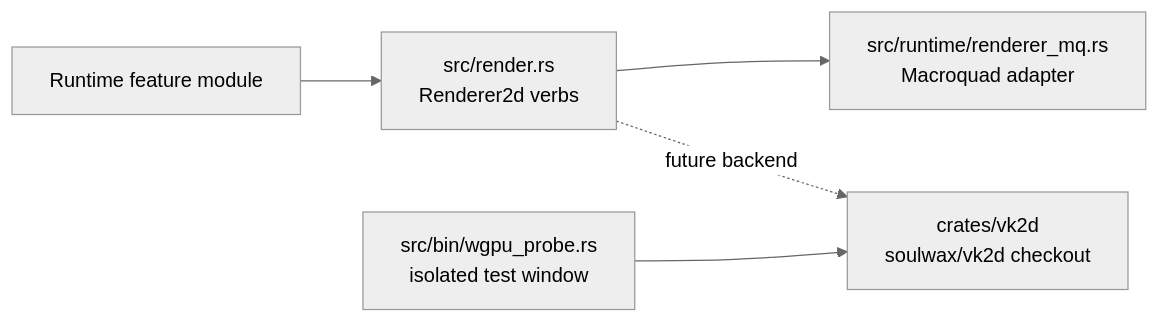
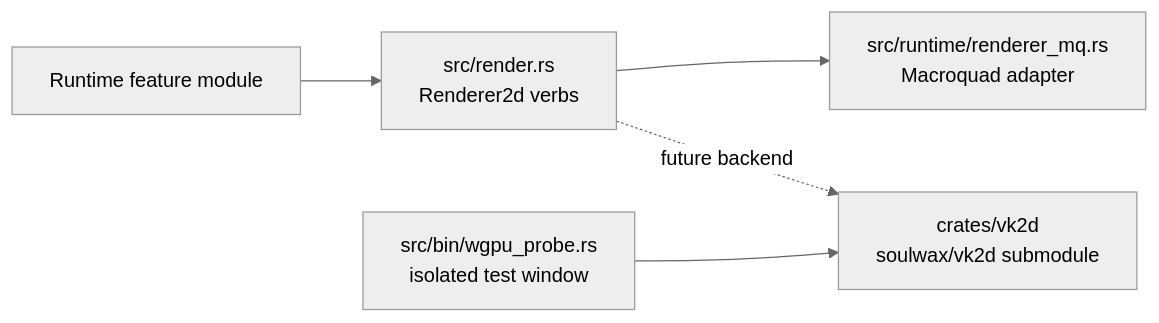
The fourth of 7 diagrams in src/content/docs/pages/architecture/rendering-and-ui.md (soulwax/EchoWiki), drawn with Mermaid (neutral theme) before and after one commit. The commit also changed other lines of this file and 16 other files, not shown here.

````diff
--- a/src/content/docs/pages/architecture/rendering-and-ui.md
+++ b/src/content/docs/pages/architecture/rendering-and-ui.md
@@ -75,13 +75,13 @@
 ```mermaid
 flowchart LR
     feature[Runtime feature module]
     neutral[src/render.rs<br/>Renderer2d verbs]
     mq[src/runtime/renderer_mq.rs<br/>Macroquad adapter]
-    vk[crates/vk2d<br/>soulwax/vk2d checkout]
+    vk[crates/vk2d<br/>soulwax/vk2d submodule]
     probe[src/bin/wgpu_probe.rs<br/>isolated test window]
 
     feature --> neutral
     neutral --> mq
     neutral -. future backend .-> vk
     probe --> vk
 ```
````
